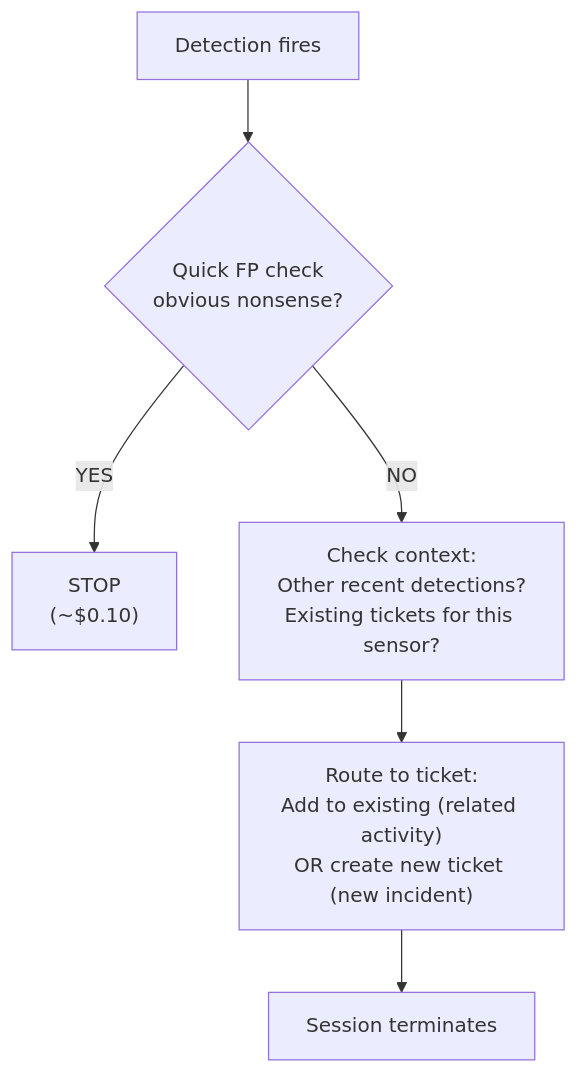
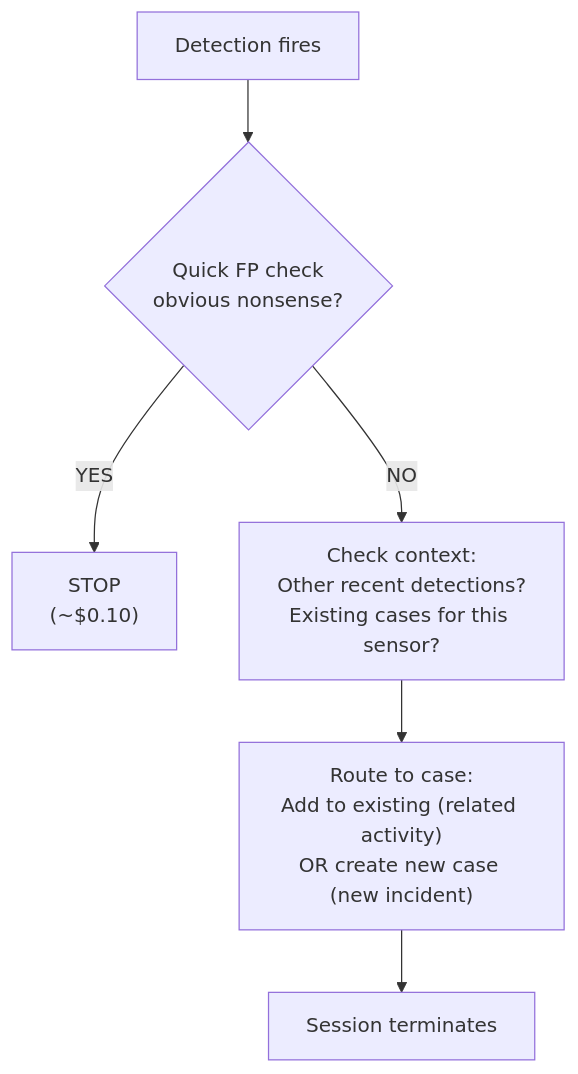
The diagram in lc-soc/tiered-soc/triage/README.md (refractionPOINT/lc-ai), drawn with Mermaid before and after one commit. The commit also changed other lines of this file and 74 other files, not shown here.

First line of the commit message:
Rename ticket→case in AI agent configs

````diff
--- a/lc-soc/tiered-soc/triage/README.md
+++ b/lc-soc/tiered-soc/triage/README.md
@@ -7,8 +7,8 @@
 ```mermaid
 flowchart TD
     det[Detection fires] --> fpcheck{"Quick FP check<br/>obvious nonsense?"}
     fpcheck -->|YES| stop["STOP<br/>(~$0.10)"]
-    fpcheck -->|NO| context["Check context:<br/>Other recent detections?<br/>Existing tickets for this sensor?"]
-    context --> route["Route to ticket:<br/>Add to existing (related activity)<br/>OR create new ticket (new incident)"]
+    fpcheck -->|NO| context["Check context:<br/>Other recent detections?<br/>Existing cases for this sensor?"]
+    context --> route["Route to case:<br/>Add to existing (related activity)<br/>OR create new case (new incident)"]
     route --> done[Session terminates]
 ```
````
